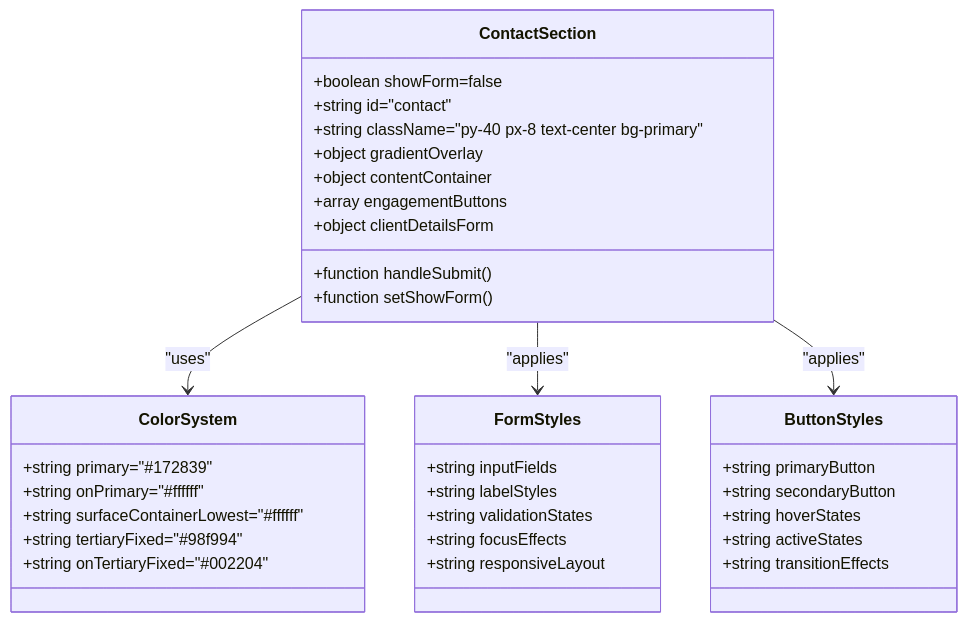
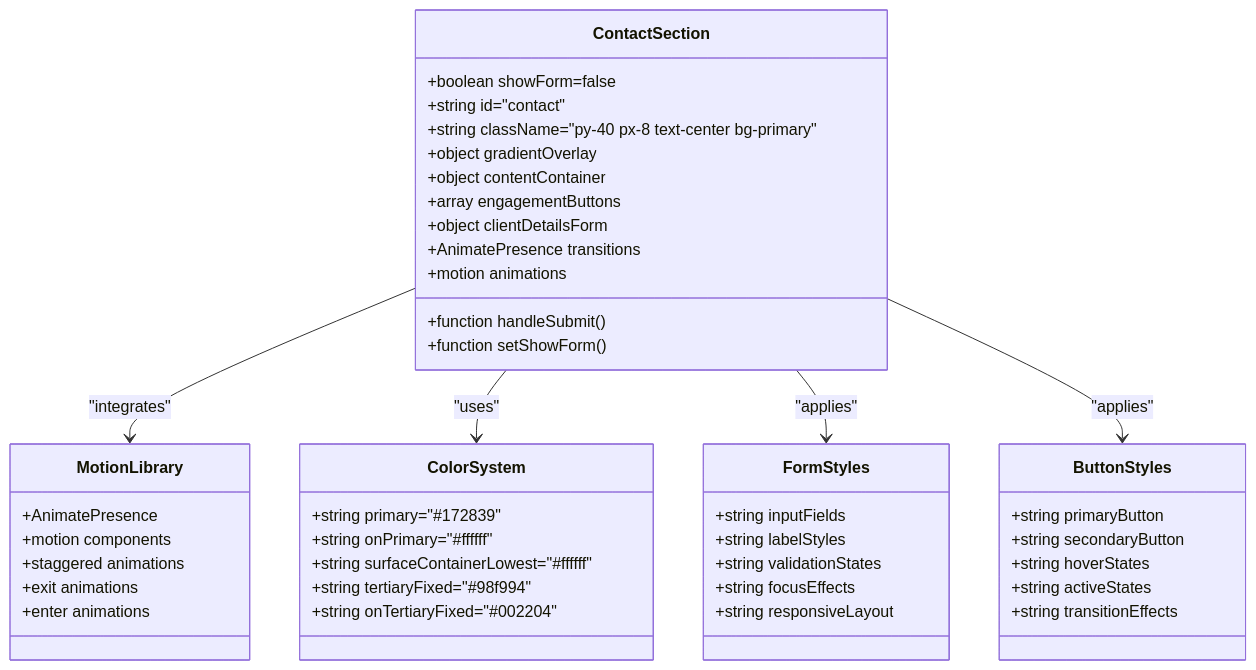
Before and after one commit to subash7781/Portfolio: the third of 5 diagrams in .qoder/repowiki/en/content/Component Library & UI Elements/ContactSection Component.md, drawn with Mermaid. The commit also changed other lines of this file and 5 other files, not shown here.

````diff
--- a/.qoder/repowiki/en/content/Component Library & UI Elements/ContactSection Component.md
+++ b/.qoder/repowiki/en/content/Component Library & UI Elements/ContactSection Component.md
@@ -175,38 +183,48 @@
 ```mermaid
 classDiagram
 class ContactSection {
 +boolean showForm=false
 +string id="contact"
 +string className="py-40 px-8 text-center bg-primary"
 +object gradientOverlay
 +object contentContainer
 +array engagementButtons
 +object clientDetailsForm
 +function handleSubmit()
 +function setShowForm()
++AnimatePresence transitions
++motion animations
+}
+class MotionLibrary {
++AnimatePresence
++motion components
++staggered animations
++exit animations
++enter animations
 }
 class ColorSystem {
 +string primary="#172839"
 +string onPrimary="#ffffff"
 +string surfaceContainerLowest="#ffffff"
 +string tertiaryFixed="#98f994"
 +string onTertiaryFixed="#002204"
 }
 class FormStyles {
 +string inputFields
 +string labelStyles
 +string validationStates
 +string focusEffects
 +string responsiveLayout
 }
 class ButtonStyles {
 +string primaryButton
 +string secondaryButton
 +string hoverStates
 +string activeStates
 +string transitionEffects
 }
+ContactSection --> MotionLibrary : "integrates"
 ContactSection --> ColorSystem : "uses"
 ContactSection --> FormStyles : "applies"
 ContactSection --> ButtonStyles : "applies"
 ```
````
